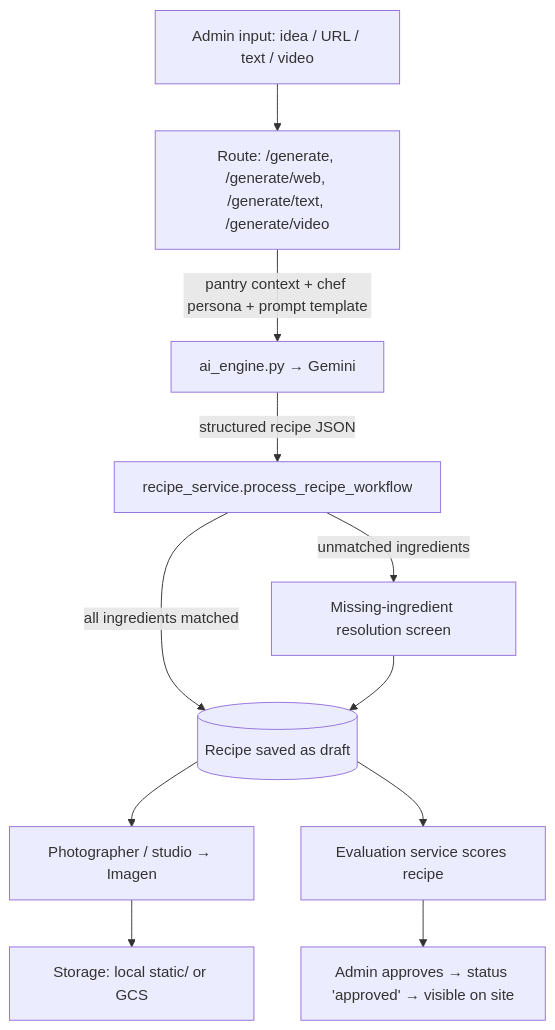
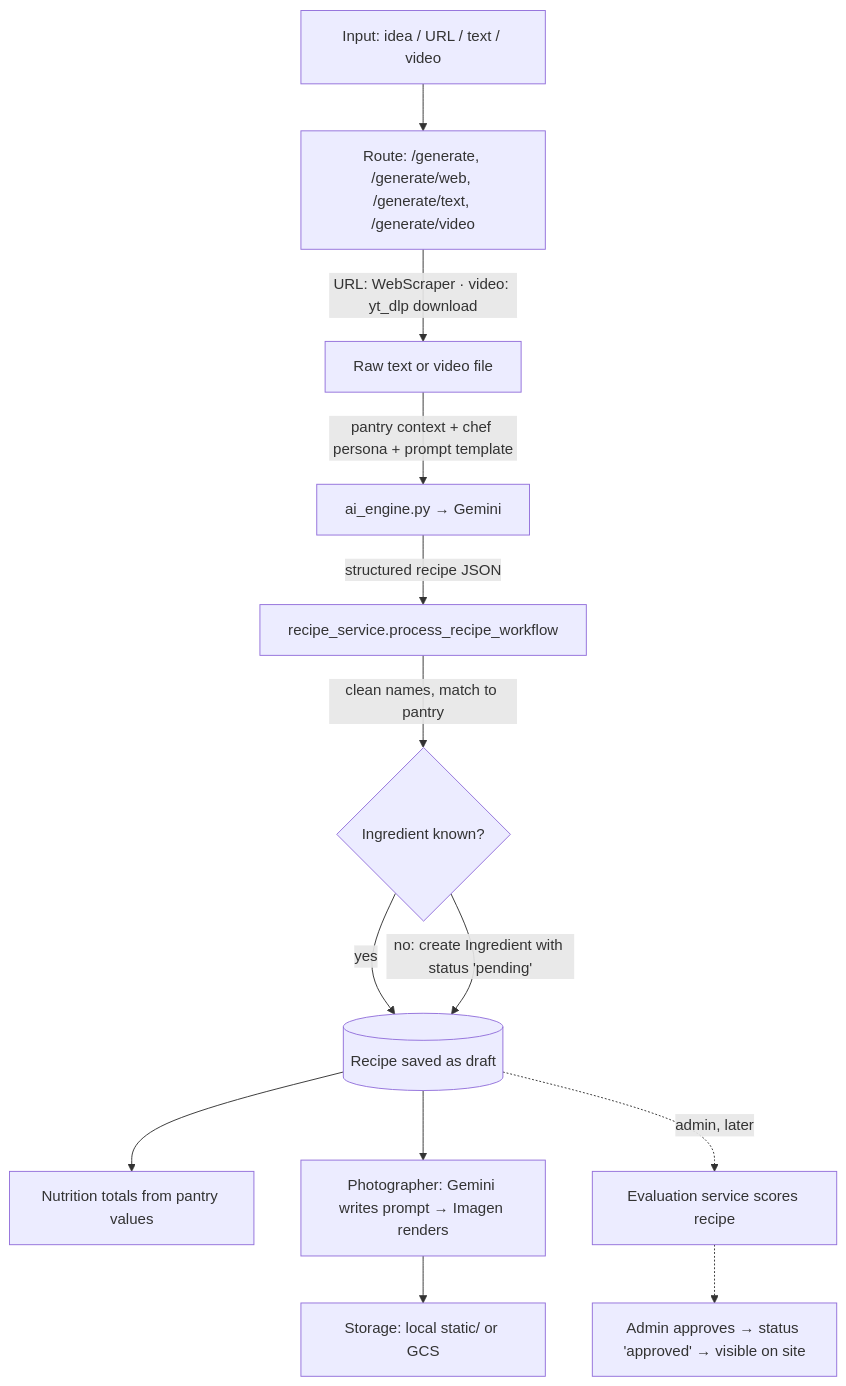
One commit to pedal88/thelazychef changed the second of 2 diagrams in docs/README_TECHNICAL.md. Above: the diagram before and after it, drawn with Mermaid. The commit also changed other lines of this file, not shown here.

First line of the commit message:
docs: component diagram and up-to-date recipe flow

````diff
--- a/docs/README_TECHNICAL.md
+++ b/docs/README_TECHNICAL.md
@@ -42,13 +107,15 @@
 ```mermaid
 graph TD
-    A[Admin input: idea / URL / text / video] --> B[Route: /generate, /generate/web, /generate/text, /generate/video]
-    B -->|pantry context + chef persona + prompt template| C[ai_engine.py → Gemini]
+    A[Input: idea / URL / text / video] --> B[Route: /generate, /generate/web, /generate/text, /generate/video]
+    B -->|URL: WebScraper · video: yt_dlp download| B2[Raw text or video file]
+    B2 -->|pantry context + chef persona + prompt template| C[ai_engine.py → Gemini]
     C -->|structured recipe JSON| D[recipe_service.process_recipe_workflow]
-    D -->|all ingredients matched| E[(Recipe saved as draft)]
-    D -->|unmatched ingredients| F[Missing-ingredient resolution screen]
-    F --> E
-    E --> G[Photographer / studio → Imagen]
+    D -->|clean names, match to pantry| D2{Ingredient known?}
+    D2 -->|yes| E
+    D2 -->|no: create Ingredient with status 'pending'| E[(Recipe saved as draft)]
+    E --> N[Nutrition totals from pantry values]
+    E --> G[Photographer: Gemini writes prompt → Imagen renders]
     G --> H[Storage: local static/ or GCS]
-    E --> I[Evaluation service scores recipe]
-    I --> J[Admin approves → status 'approved' → visible on site]
+    E -.->|admin, later| I[Evaluation service scores recipe]
+    I -.-> J[Admin approves → status 'approved' → visible on site]
 ```
````
